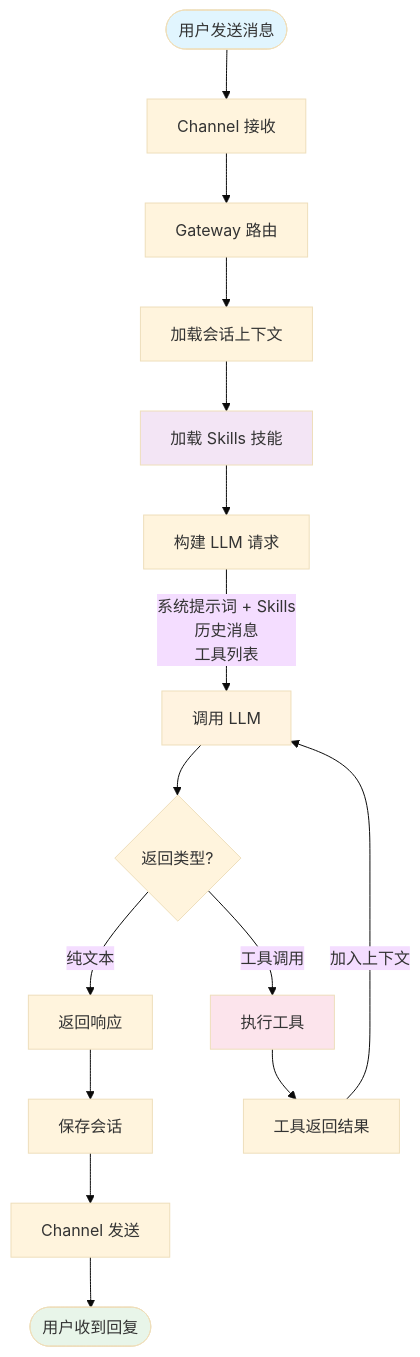
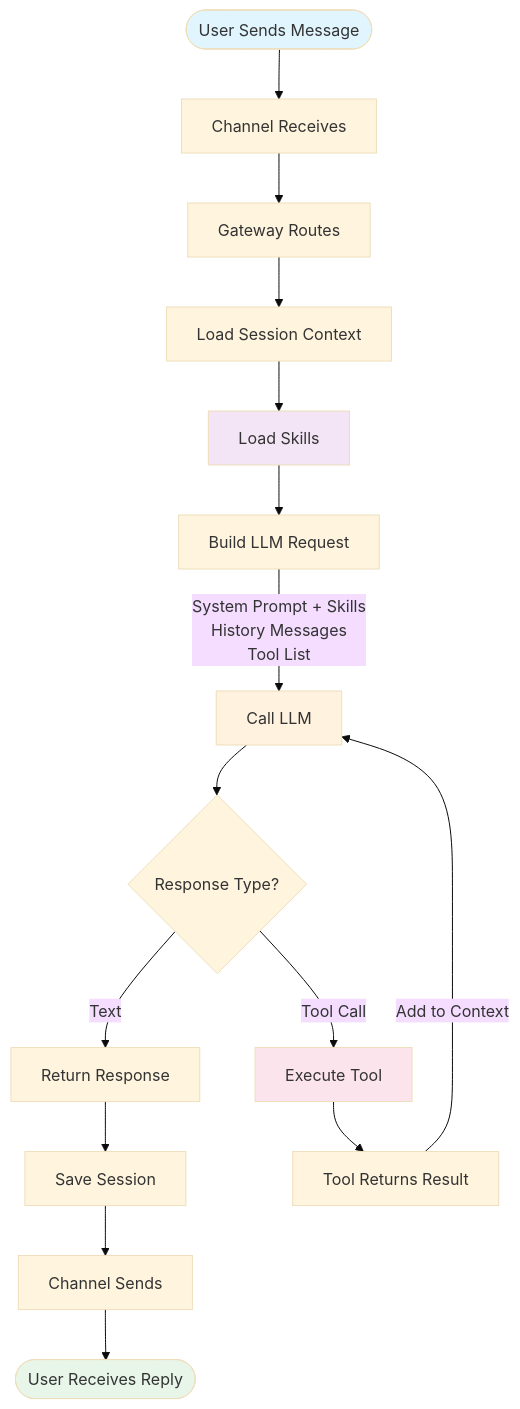
Before and after one commit to King-Chau/mozi: the second of 2 diagrams in README.md, drawn with Mermaid (base theme). The commit also changed other lines of this file and 2 other files, not shown here.

````diff
--- a/README.md
+++ b/README.md
@@ -730,28 +714,28 @@
 ```mermaid
 flowchart TD
-    Start([用户发送消息]) --> Channel[Channel 接收]
-    Channel --> Gateway[Gateway 路由]
-    Gateway --> LoadCtx[加载会话上下文]
+    Start([User Sends Message]) --> Channel[Channel Receives]
+    Channel --> Gateway[Gateway Routes]
+    Gateway --> LoadCtx[Load Session Context]
 
-    LoadCtx --> LoadSkills[加载 Skills 技能]
-    LoadSkills --> BuildCtx[构建 LLM 请求]
-    BuildCtx --> |系统提示词 + Skills<br/>历史消息<br/>工具列表| CallLLM[调用 LLM]
+    LoadCtx --> LoadSkills[Load Skills]
+    LoadSkills --> BuildCtx[Build LLM Request]
+    BuildCtx --> |System Prompt + Skills<br/>History Messages<br/>Tool List| CallLLM[Call LLM]
 
-    CallLLM --> Check{返回类型?}
+    CallLLM --> Check{Response Type?}
 
-    Check --> |纯文本| Response[返回响应]
-    Check --> |工具调用| ExecTool[执行工具]
+    Check --> |Text| Response[Return Response]
+    Check --> |Tool Call| ExecTool[Execute Tool]
 
-    ExecTool --> ToolResult[工具返回结果]
-    ToolResult --> |加入上下文| CallLLM
+    ExecTool --> ToolResult[Tool Returns Result]
+    ToolResult --> |Add to Context| CallLLM
 
-    Response --> SaveCtx[保存会话]
-    SaveCtx --> Send[Channel 发送]
-    Send --> End([用户收到回复])
+    Response --> SaveCtx[Save Session]
+    SaveCtx --> Send[Channel Sends]
+    Send --> End([User Receives Reply])
 
     style Start fill:#e1f5fe
     style End fill:#e8f5e9
     style CallLLM fill:#fff3e0
     style ExecTool fill:#fce4ec
     style LoadSkills fill:#f3e5f5
 ```
````
